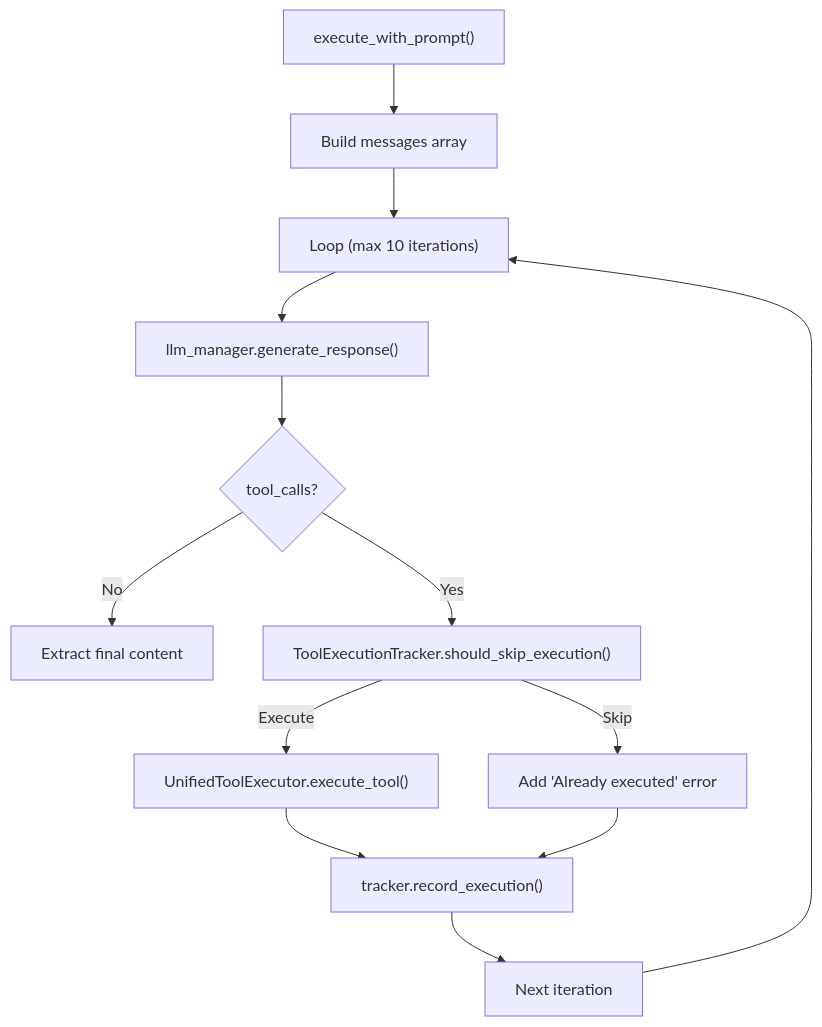
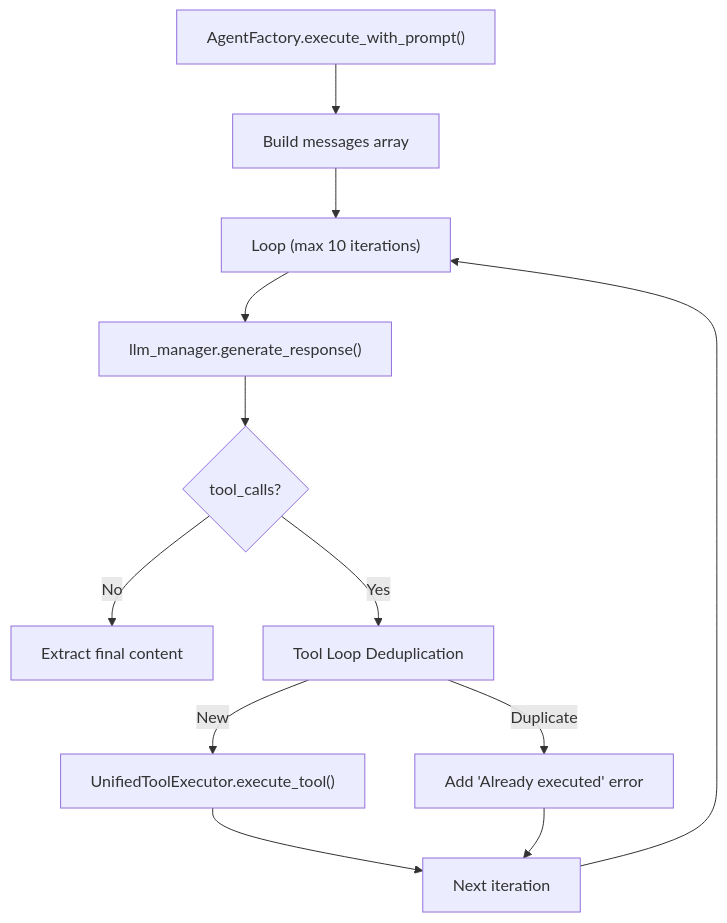
One commit to AutomatosAI/automatos-ai changed the fourth of 5 diagrams in docs/agents/agent-factory-runtime.md. Above: the diagram before and after it, drawn with Mermaid. The commit also changed other lines of this file and 153 other files, not shown here.

````diff
--- a/docs/agents/agent-factory-runtime.md
+++ b/docs/agents/agent-factory-runtime.md
@@ -205,18 +205,17 @@
 ```mermaid
 flowchart TD
-    Start["execute_with_prompt()"] --> BuildMsgs["Build messages array"]
+    Start["AgentFactory.execute_with_prompt()"] --> BuildMsgs["Build messages array"]
     BuildMsgs --> LoopStart["Loop (max 10 iterations)"]
     LoopStart --> LLMCall["llm_manager.generate_response()"]
     LLMCall --> CheckTools{"tool_calls?"}
     
     CheckTools -->|No| Final["Extract final content"]
-    CheckTools -->|Yes| Tracker["ToolExecutionTracker.should_skip_execution()"]
+    CheckTools -->|Yes| Dedupe["Tool Loop Deduplication"]
     
-    Tracker -->|Skip| SkipMsg["Add 'Already executed' error"]
-    Tracker -->|Execute| ExecTool["UnifiedToolExecutor.execute_tool()"]
+    Dedupe -->|Duplicate| SkipMsg["Add 'Already executed' error"]
+    Dedupe -->|New| ExecTool["UnifiedToolExecutor.execute_tool()"]
     
-    ExecTool --> Record["tracker.record_execution()"]
-    SkipMsg --> Record
-    Record --> NextIter["Next iteration"]
+    ExecTool --> NextIter["Next iteration"]
+    SkipMsg --> NextIter
     NextIter --> LoopStart
 ```
````
